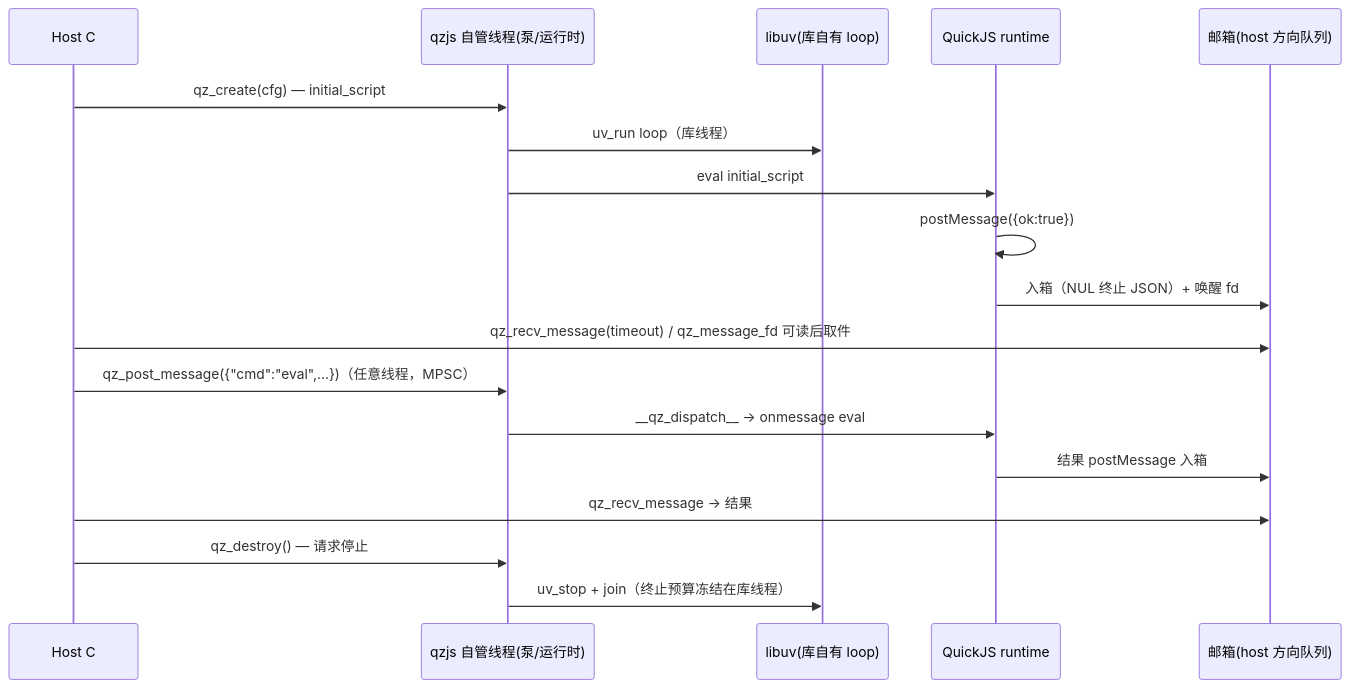
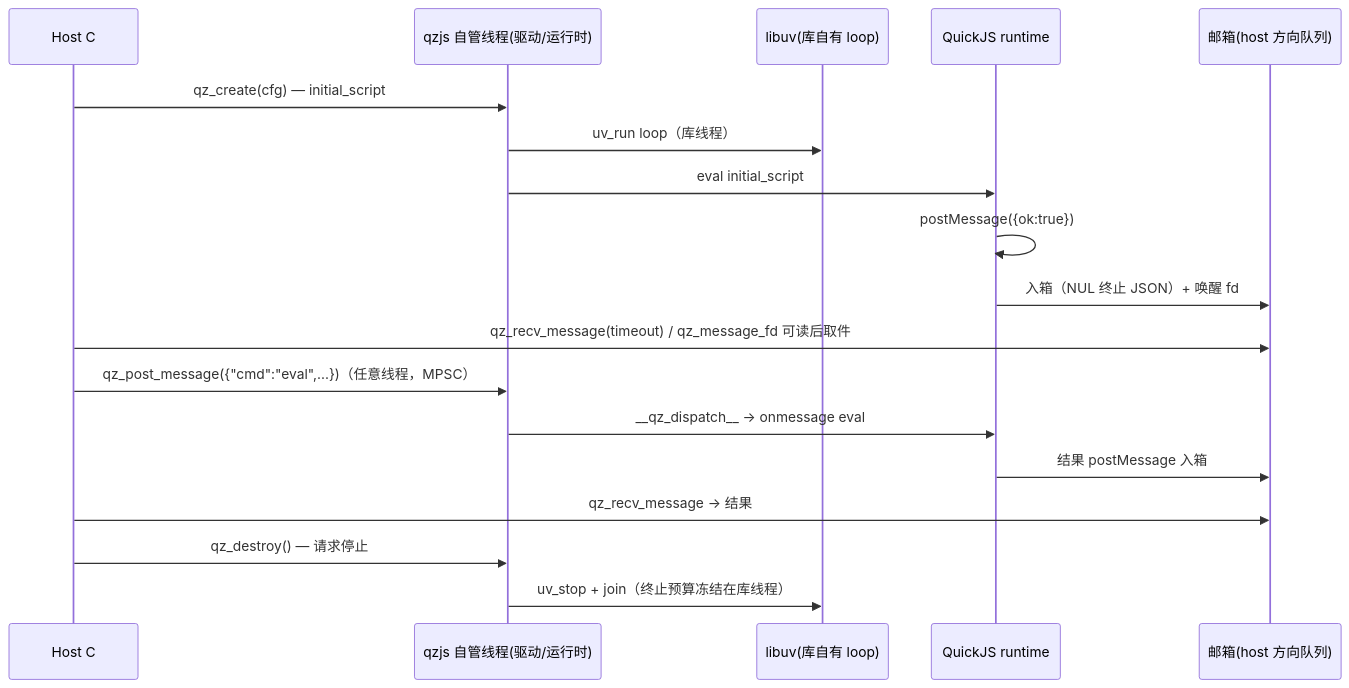
One commit to adam-ikari/qzjs changed the diagram in brain/flow.md. Above: the diagram before and after it, drawn with Mermaid. The commit also changed other lines of this file and 97 other files, not shown here.

````diff
--- a/brain/flow.md
+++ b/brain/flow.md
@@ -12,20 +12,20 @@
 ```mermaid
 sequenceDiagram
   participant H as Host C
-  participant Q as qzjs 自管线程(泵/运行时)
+  participant Q as qzjs 自管线程(驱动/运行时)
   participant L as libuv(库自有 loop)
   participant J as QuickJS runtime
   participant M as 邮箱(host 方向队列)
   H->>Q: qz_create(cfg) — initial_script
   Q->>L: uv_run loop（库线程）
   Q->>J: eval initial_script
   J->>J: postMessage({ok:true})
   J->>M: 入箱（NUL 终止 JSON）+ 唤醒 fd
   H->>M: qz_recv_message(timeout) / qz_message_fd 可读后取件
   H->>Q: qz_post_message({"cmd":"eval",...})（任意线程，MPSC）
   Q->>J: __qz_dispatch__ → onmessage eval
   J->>M: 结果 postMessage 入箱
   H->>M: qz_recv_message → 结果
   H->>Q: qz_destroy() — 请求停止
   Q->>L: uv_stop + join（终止预算冻结在库线程）
 ```
````
